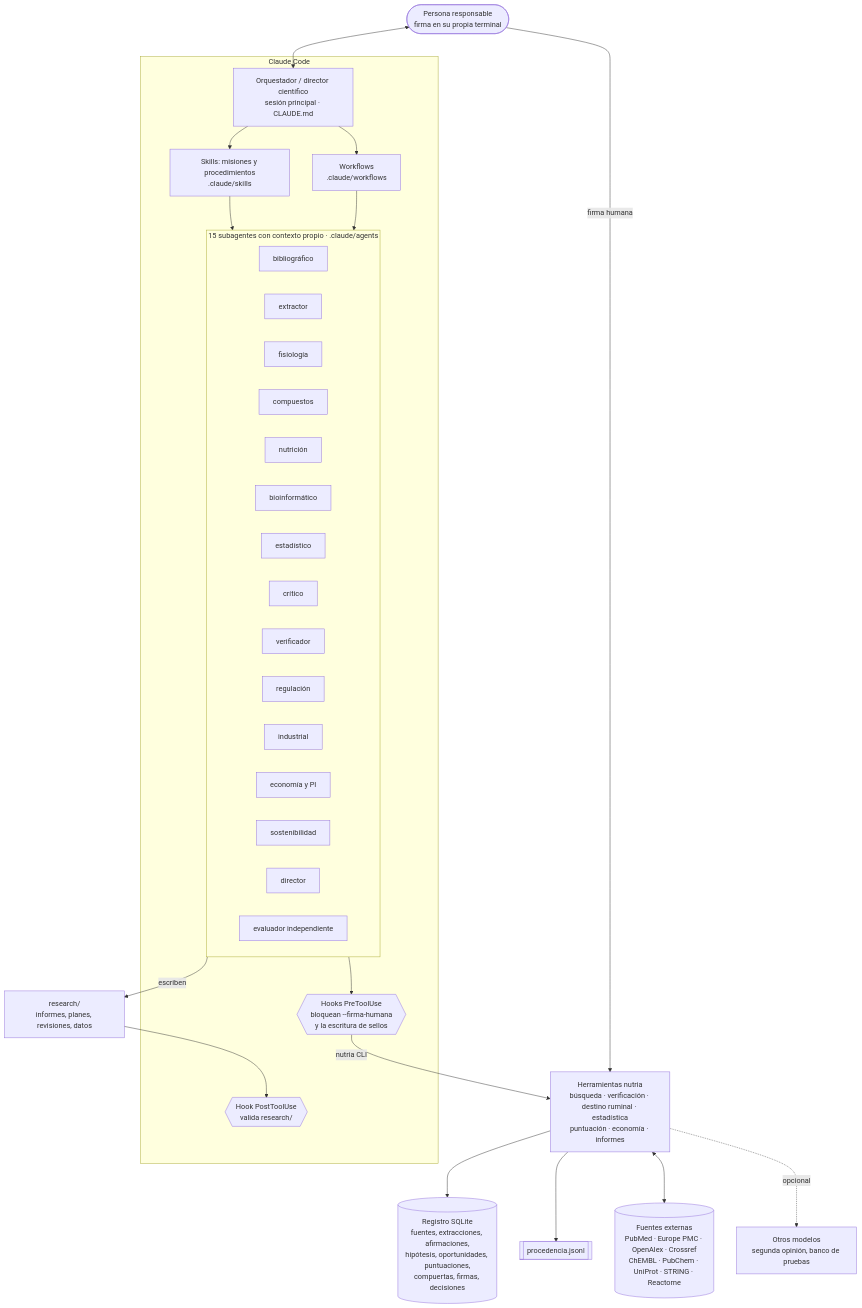
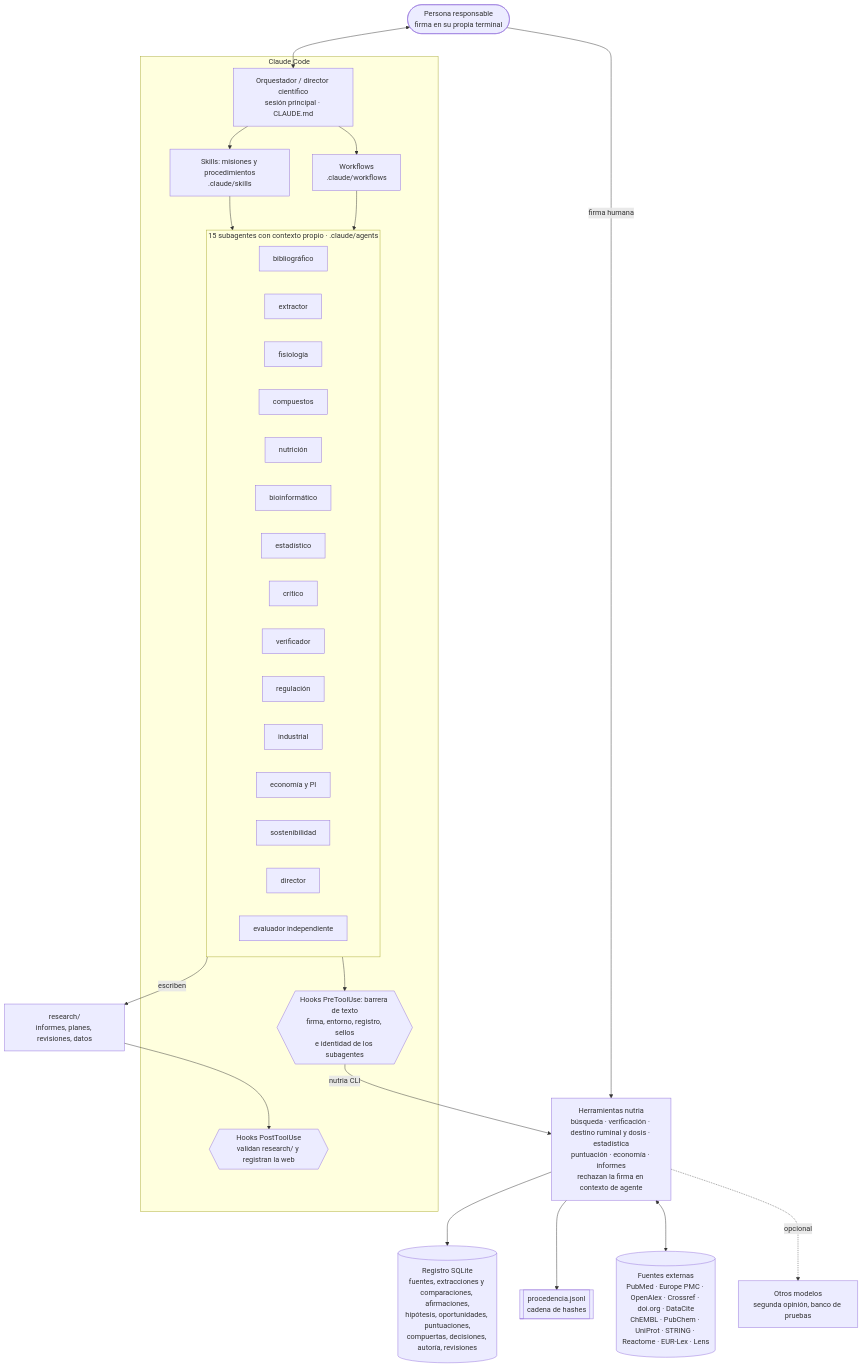
The first of 3 diagrams in docs/ARQUITECTURA.md (japi07/nutria), drawn with Mermaid before and after one commit. The commit also changed other lines of this file, not shown here.

````diff
--- a/docs/ARQUITECTURA.md
+++ b/docs/ARQUITECTURA.md
@@ -7,26 +10,26 @@
 ```mermaid
 flowchart TB
     H([Persona responsable<br/>firma en su propia terminal]) <--> O
     H -->|firma humana| T
     subgraph CC[Claude Code]
         O[Orquestador / director científico<br/>sesión principal · CLAUDE.md]
         S[Skills: misiones y procedimientos<br/>.claude/skills]
         W[Workflows<br/>.claude/workflows]
         subgraph AG[15 subagentes con contexto propio · .claude/agents]
             A1[bibliográfico] & A2[extractor] & A3[fisiología] & A4[compuestos] & A5[nutrición]
             A6[bioinformático] & A7[estadístico] & A8[crítico] & A9[verificador] & A10[regulación]
             A11[industrial] & A12[economía y PI] & A13[sostenibilidad] & A14[director] & A15[evaluador independiente]
         end
-        PRE{{"Hooks PreToolUse<br/>bloquean --firma-humana<br/>y la escritura de sellos"}}
-        POST{{Hook PostToolUse<br/>valida research/}}
+        PRE{{"Hooks PreToolUse: barrera de texto<br/>firma, entorno, registro, sellos<br/>e identidad de los subagentes"}}
+        POST{{Hooks PostToolUse<br/>validan research/ y registran la web}}
     end
     O --> S & W --> AG
     AG --> PRE
-    PRE -->|nutria CLI| T[Herramientas nutria<br/>búsqueda · verificación · destino ruminal · estadística<br/>puntuación · economía · informes]
-    T --> R[(Registro SQLite<br/>fuentes, extracciones, afirmaciones,<br/>hipótesis, oportunidades, puntuaciones,<br/>compuertas, firmas, decisiones)]
-    T --> P[[procedencia.jsonl]]
-    T <--> X[(Fuentes externas<br/>PubMed · Europe PMC · OpenAlex · Crossref<br/>ChEMBL · PubChem · UniProt · STRING · Reactome)]
+    PRE -->|nutria CLI| T[Herramientas nutria<br/>búsqueda · verificación · destino ruminal y dosis · estadística<br/>puntuación · economía · informes<br/>rechazan la firma en contexto de agente]
+    T --> R[(Registro SQLite<br/>fuentes, extracciones y comparaciones, afirmaciones,<br/>hipótesis, oportunidades, puntuaciones,<br/>compuertas, decisiones, autoría, revisiones)]
+    T --> P[[procedencia.jsonl<br/>cadena de hashes]]
+    T <--> X[(Fuentes externas<br/>PubMed · Europe PMC · OpenAlex · Crossref · doi.org · DataCite<br/>ChEMBL · PubChem · UniProt · STRING · Reactome · EUR-Lex · Lens)]
     T -.opcional.-> M[Otros modelos<br/>segunda opinión, banco de pruebas]
     AG -->|escriben| F[research/<br/>informes, planes, revisiones, datos]
     F --> POST
 ```
````
